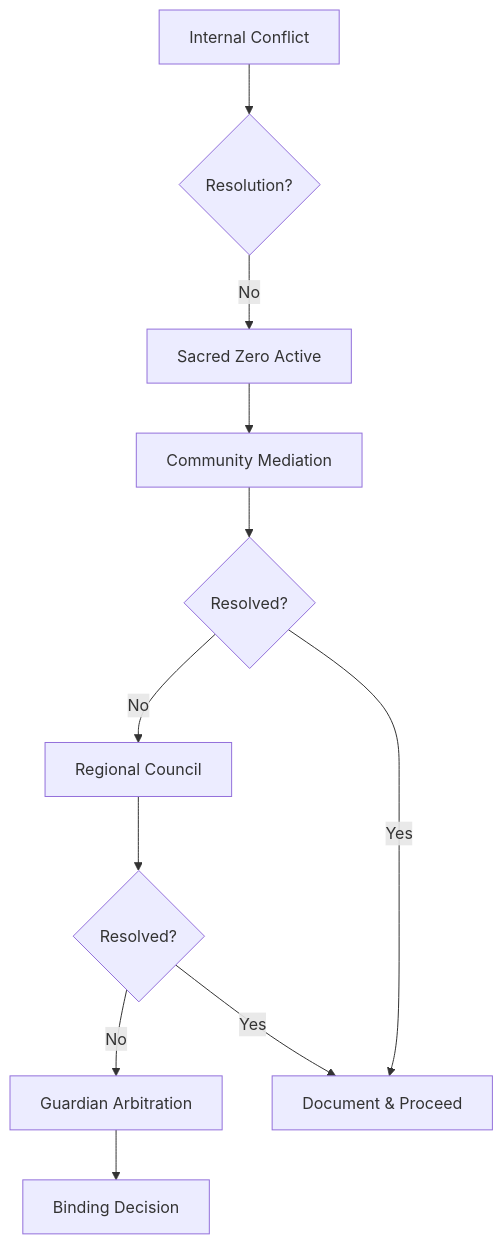
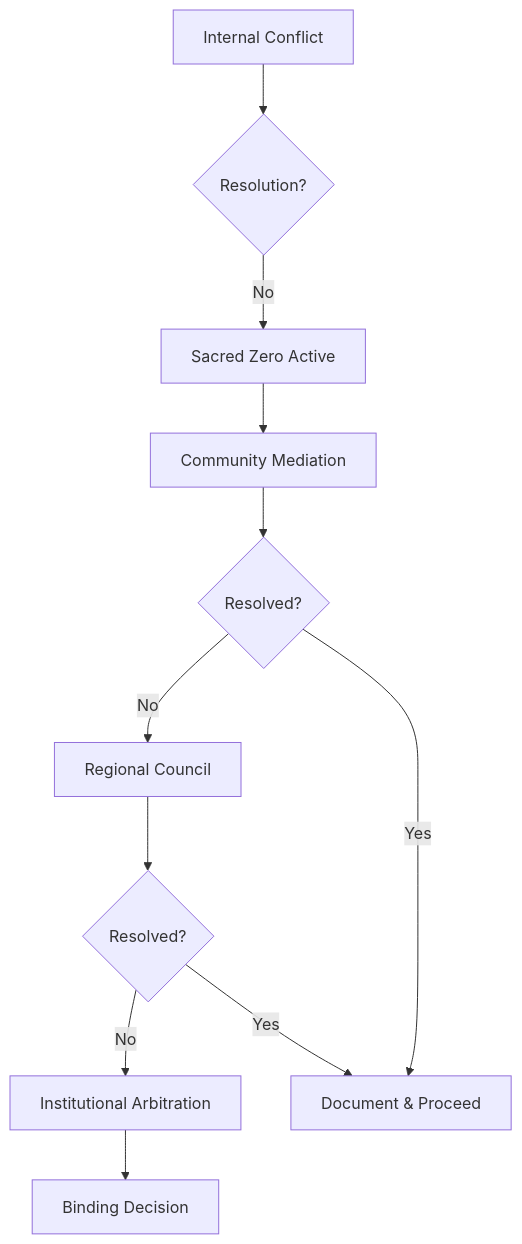
One commit to FractonicMind/TernaryMoralLogic changed the diagram in tests/earth/red_team/internal_conflict_case.md. Above: the diagram before and after it, drawn with Mermaid. The commit also changed other lines of this file, not shown here.

````diff
--- a/tests/earth/red_team/internal_conflict_case.md
+++ b/tests/earth/red_team/internal_conflict_case.md
@@ -360,13 +360,13 @@
 ```mermaid
 graph TD
     A[Internal Conflict] --> B{Resolution?}
     B -->|No| C[Sacred Zero Active]
     C --> D[Community Mediation]
     D --> E{Resolved?}
     E -->|No| F[Regional Council]
     F --> G{Resolved?}
-    G -->|No| H[Guardian Arbitration]
+    G -->|No| H[Institutional Arbitration]
     H --> I[Binding Decision]
     E -->|Yes| J[Document & Proceed]
     G -->|Yes| J
 ```
````
